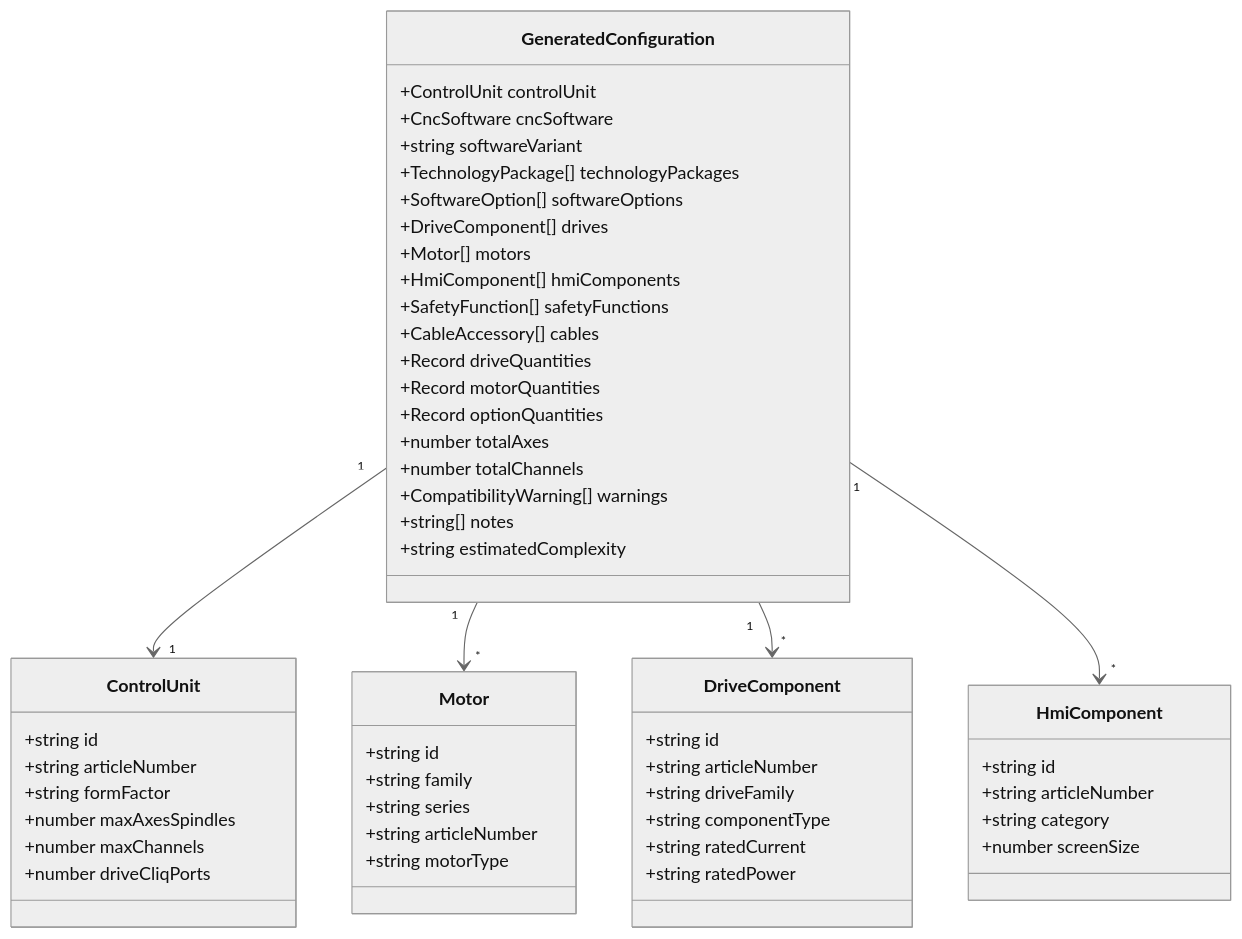
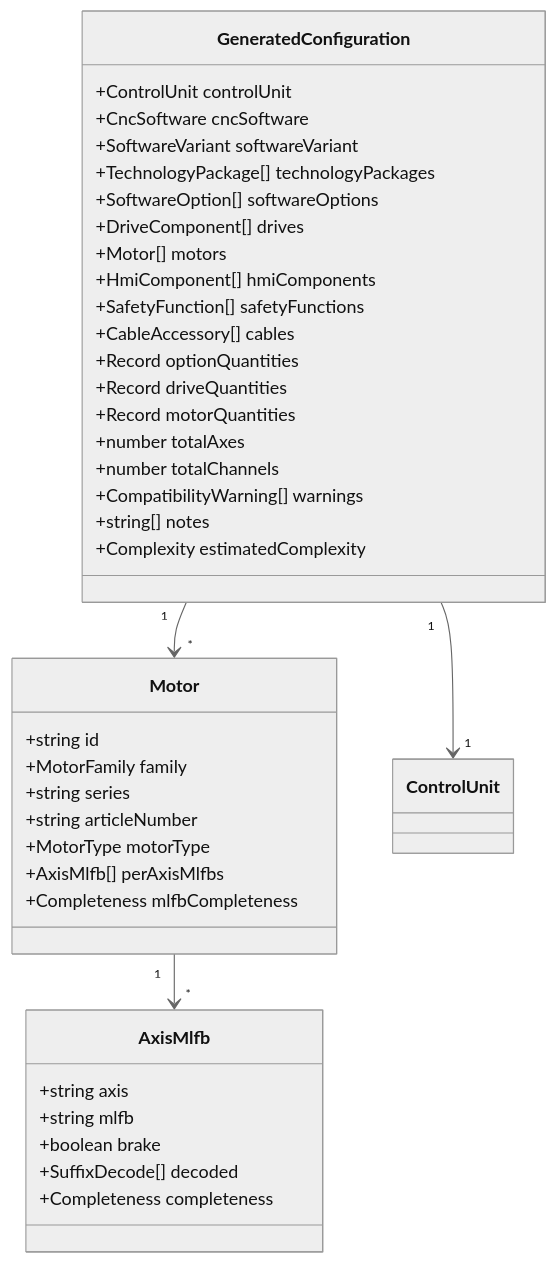
Before and after one commit to Alperzkn/sinumerik_configurator: the sixth of 7 diagrams in docs/ARCHITECTURE.md, drawn with Mermaid (neutral theme). The commit also changed other lines of this file and 4 other files, not shown here.

First line of the commit message:
docs: split into USER_GUIDE (non-tech) + ARCHITECTURE (tech), refresh excalidraw

````diff
--- a/docs/ARCHITECTURE.md
+++ b/docs/ARCHITECTURE.md
@@ -244,61 +470,42 @@
 ```mermaid
 classDiagram
     class GeneratedConfiguration {
         +ControlUnit controlUnit
         +CncSoftware cncSoftware
-        +string softwareVariant
+        +SoftwareVariant softwareVariant
         +TechnologyPackage[] technologyPackages
         +SoftwareOption[] softwareOptions
         +DriveComponent[] drives
         +Motor[] motors
         +HmiComponent[] hmiComponents
         +SafetyFunction[] safetyFunctions
         +CableAccessory[] cables
+        +Record optionQuantities
         +Record driveQuantities
         +Record motorQuantities
-        +Record optionQuantities
         +number totalAxes
         +number totalChannels
         +CompatibilityWarning[] warnings
         +string[] notes
-        +string estimatedComplexity
+        +Complexity estimatedComplexity
     }
-
-    class ControlUnit {
-        +string id
-        +string articleNumber
-        +string formFactor
-        +number maxAxesSpindles
-        +number maxChannels
-        +number driveCliqPorts
-    }
-
     class Motor {
         +string id
-        +string family
+        +MotorFamily family
         +string series
         +string articleNumber
-        +string motorType
+        +MotorType motorType
+        +AxisMlfb[] perAxisMlfbs
+        +Completeness mlfbCompleteness
     }
-
-    class DriveComponent {
-        +string id
-        +string articleNumber
-        +string driveFamily
-        +string componentType
-        +string ratedCurrent
-        +string ratedPower
+    class AxisMlfb {
+        +string axis
+        +string mlfb
+        +boolean brake
+        +SuffixDecode[] decoded
+        +Completeness completeness
     }
-
-    class HmiComponent {
-        +string id
-        +string articleNumber
-        +string category
-        +number screenSize
-    }
-
     GeneratedConfiguration "1" --> "1" ControlUnit
     GeneratedConfiguration "1" --> "*" Motor
-    GeneratedConfiguration "1" --> "*" DriveComponent
-    GeneratedConfiguration "1" --> "*" HmiComponent
+    Motor "1" --> "*" AxisMlfb
 ```
````
